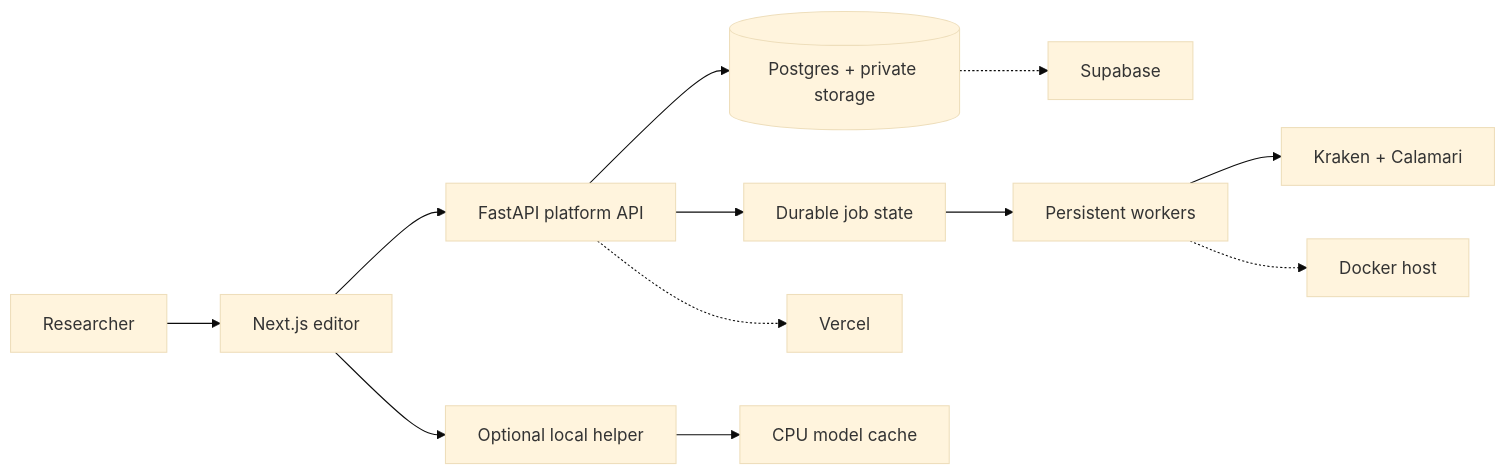
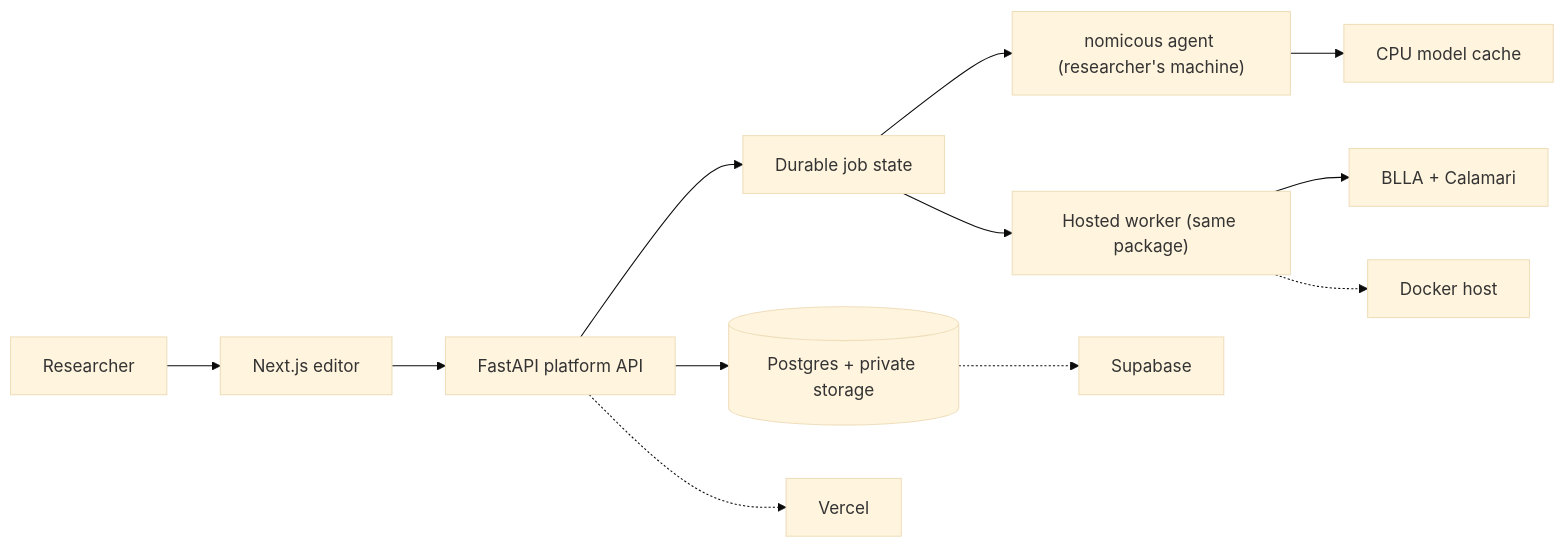
Before and after one commit to kkkamur07/greekOCR: the diagram in README.md, drawn with Mermaid (base theme). The commit also changed other lines of this file and 12 other files, not shown here.

````diff
--- a/README.md
+++ b/README.md
@@ -142,14 +141,14 @@
 ```mermaid
 flowchart LR
     Researcher["Researcher"] --> Editor["Next.js editor"]
     Editor --> API["FastAPI platform API"]
     API --> Data[("Postgres + private storage")]
-    Editor --> Helper["Optional local helper"]
-    Helper --> LocalModels["CPU model cache"]
     API --> Jobs["Durable job state"]
-    Jobs --> Worker["Persistent workers"]
-    Worker --> Models["Kraken + Calamari"]
+    Jobs --> Agent["nomicous agent (researcher's machine)"]
+    Agent --> LocalModels["CPU model cache"]
+    Jobs --> Worker["Hosted worker (same package)"]
+    Worker --> Models["BLLA + Calamari"]
     API -.-> Vercel["Vercel"]
     Data -.-> Supabase["Supabase"]
     Worker -.-> Docker["Docker host"]
 ```
````
